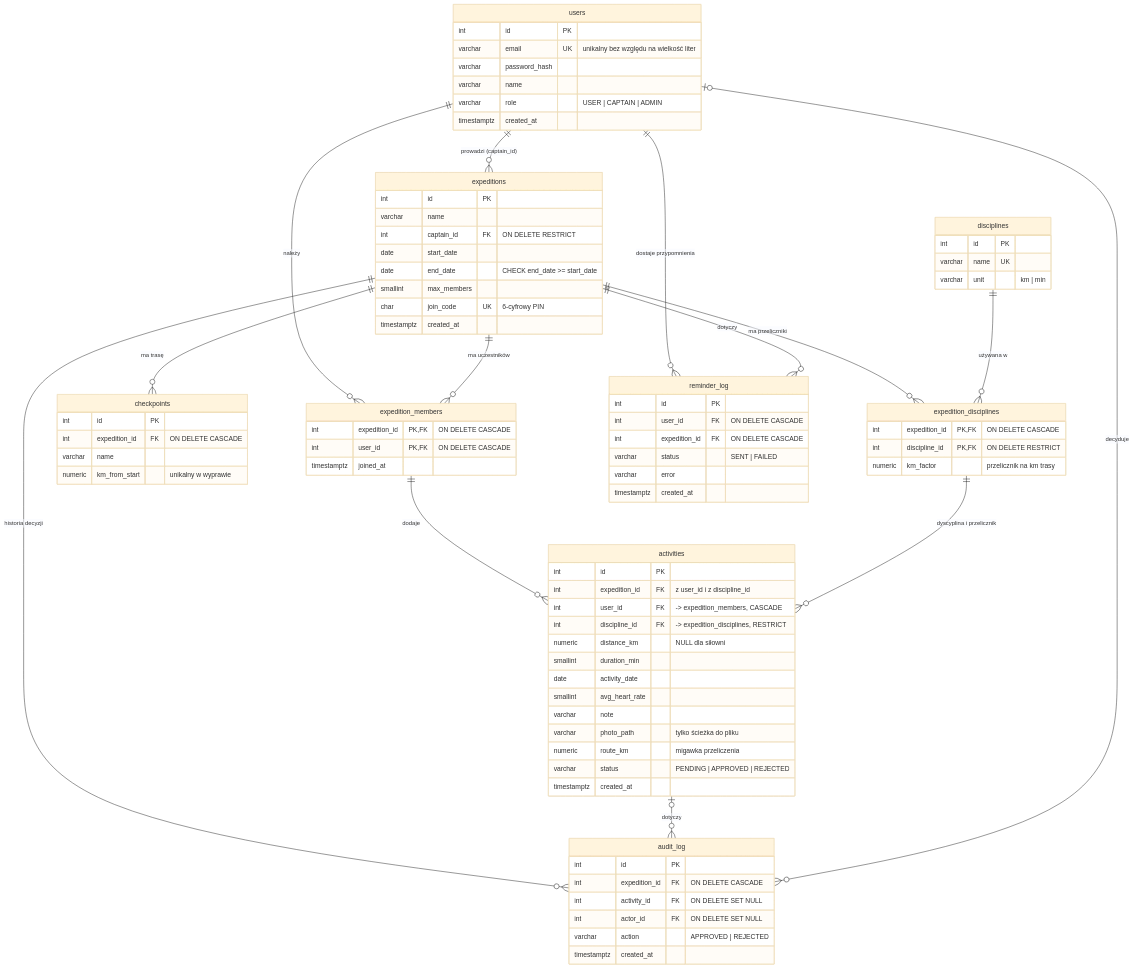
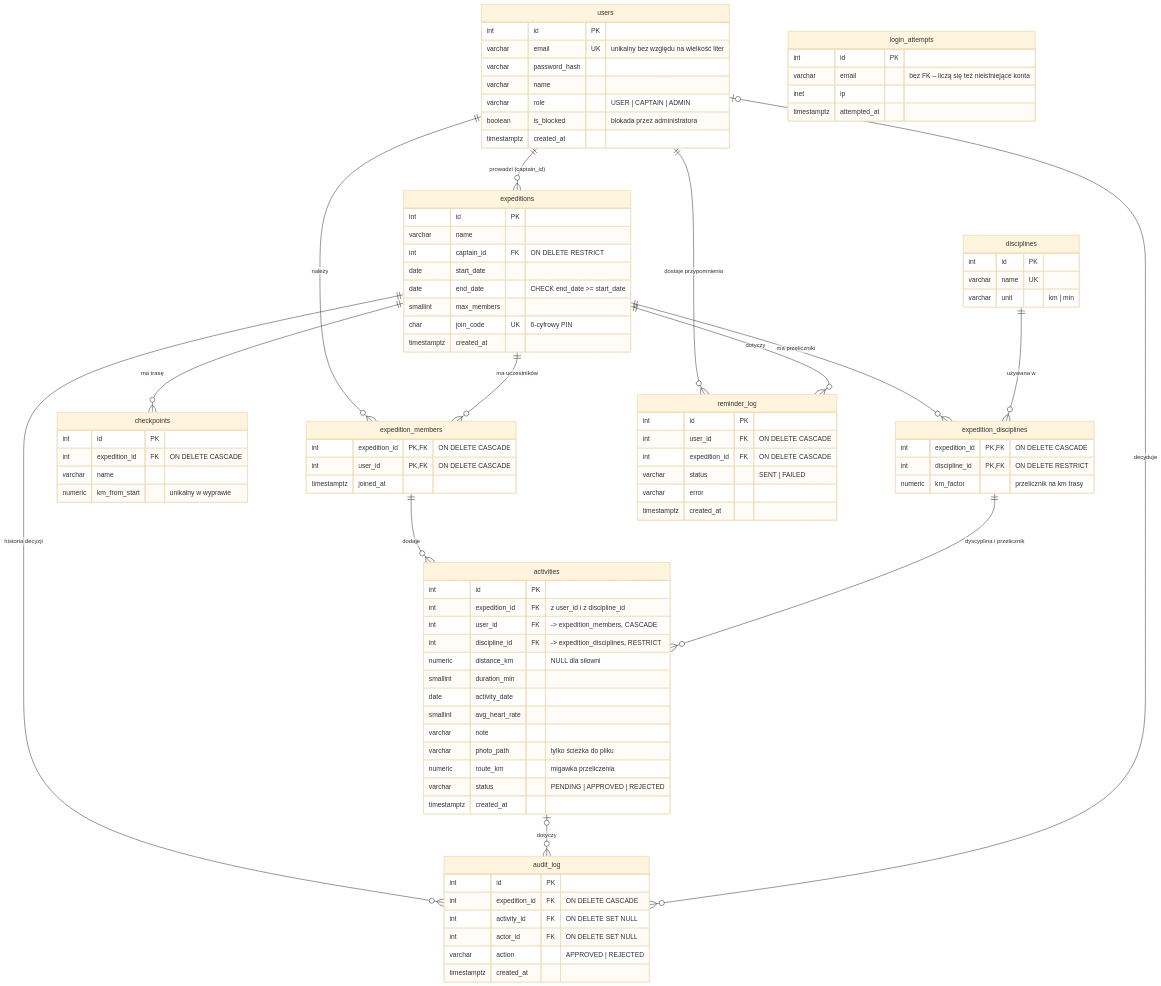
The diagram in README.md (stelczyk/wdpai-project), drawn with Mermaid (base theme) before and after one commit. The commit also changed other lines of this file, not shown here.

````diff
--- a/README.md
+++ b/README.md
@@ -59,6 +59,7 @@
         varchar password_hash
         varchar name
         varchar role "USER | CAPTAIN | ADMIN"
+        boolean is_blocked "blokada przez administratora"
         timestamptz created_at
     }
 
@@ -131,4 +132,11 @@
         varchar error
         timestamptz created_at
     }
+
+    login_attempts {
+        int id PK
+        varchar email "bez FK – liczą się też nieistniejące konta"
+        inet ip
+        timestamptz attempted_at
+    }
 ```
````
